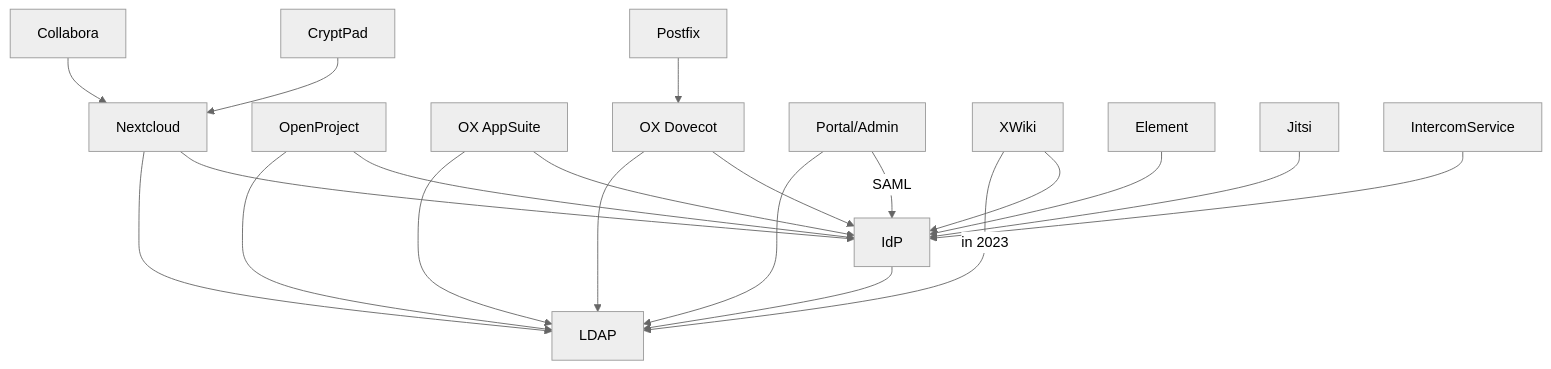
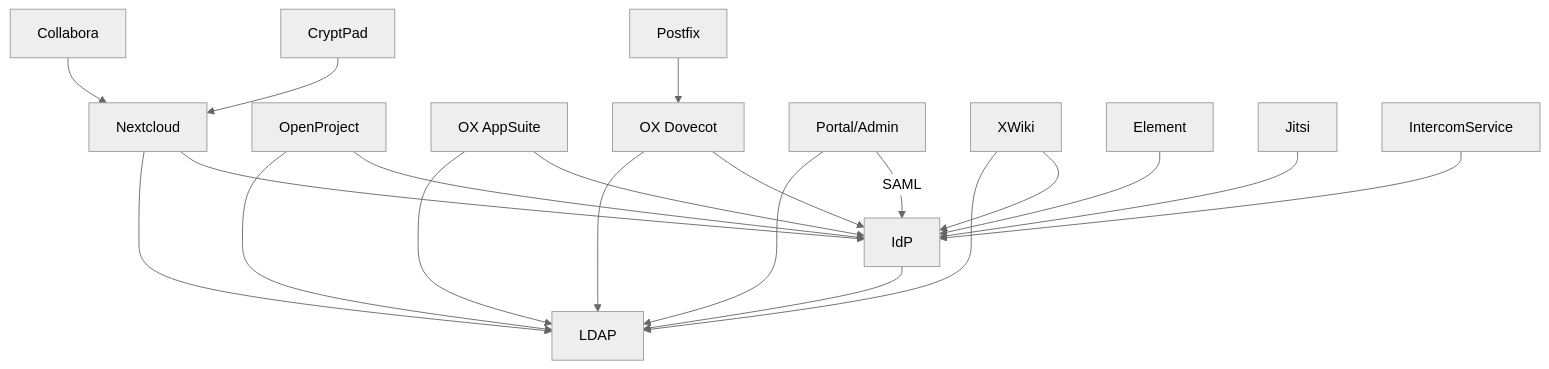
Before and after one commit to tobias-weiss-ai-xr/opendesk-edu: the second of 2 diagrams in docs/components.md, drawn with Mermaid (neutral theme). The commit also changed other lines of this file and 16 other files, not shown here.

````diff
--- a/docs/components.md
+++ b/docs/components.md
@@ -119,22 +121,22 @@
 ```mermaid
 flowchart TD
     K[IdP]-->L[LDAP]
     N[Nextcloud]-->L
     O[OpenProject] --> L
     A[OX AppSuite]-->L
     D[OX Dovecot]-->L
     P[Portal/Admin]-->L
-    X[XWiki]-->|in 2023|L
+    X[XWiki]-->L
     A-->K
     N-->K
     D-->K
     O-->K
     X-->K
     P-->|SAML|K
     E[Element]-->K
     J[Jitsi]-->K
     I[IntercomService]-->K
     C[Collabora]-->N
     R[CryptPad]-->N
     F[Postfix]-->D
 ```
````
